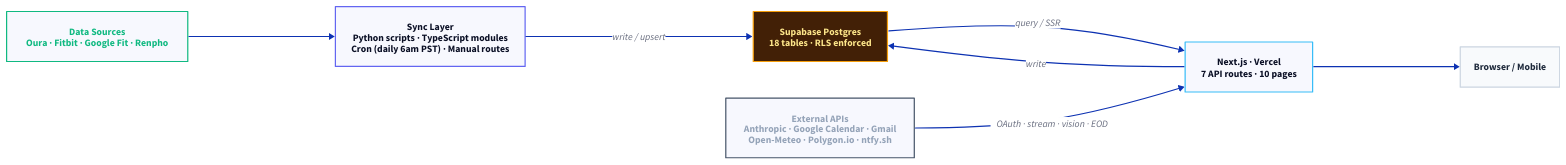
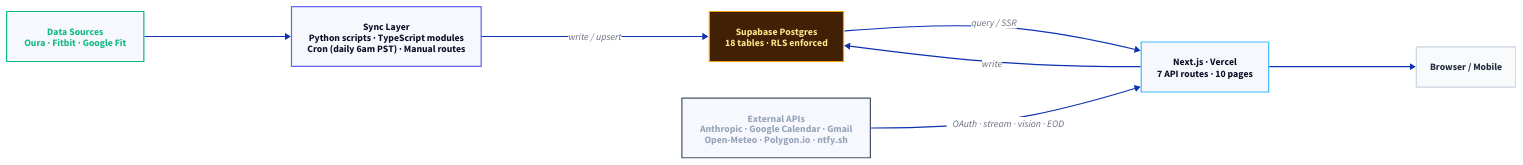
One commit to Theioz/mr-bridge-assistant changed the diagram in docs/architecture.d2. Above: the diagram before and after it, drawn with D2. The commit also changed 10 other files, not shown here.

```diff
--- a/docs/architecture.d2
+++ b/docs/architecture.d2
@@ -1,43 +1,43 @@
 # To re-render:
 # d2 --layout=elk --theme=200 docs/architecture.d2 docs/architecture.svg && sed -i '' 's/data-d2-version="[^"]*" preserveAspectRatio="[^"]*" viewBox="/width="100%" viewBox="/' docs/architecture.svg
 # d2 --layout=elk --theme=200 --scale=2 docs/architecture.d2 docs/architecture.png
 
 direction: right
 
-data_sources: "Data Sources\nOura · Fitbit · Google Fit · Renpho"
+data_sources: "Data Sources\nOura · Fitbit · Google Fit"
 
 sync: "Sync Layer\nPython scripts · TypeScript modules\nCron (daily 6am PST) · Manual routes"
 
 supabase: "Supabase Postgres\n18 tables · RLS enforced"
 
 nextjs: "Next.js · Vercel\n7 API routes · 10 pages"
 
 external: "External APIs\nAnthropic · Google Calendar · Gmail\nOpen-Meteo · Polygon.io · ntfy.sh"
 
 user: "Browser / Mobile"
 
 data_sources -> sync
 sync -> supabase: write / upsert
 supabase -> nextjs: query / SSR
 nextjs -> supabase: write
 nextjs -> user
 external -> nextjs: OAuth · stream · vision · EOD
 
 data_sources.style.stroke: "#10B981"
 data_sources.style.font-color: "#10B981"
 
 sync.style.stroke: "#6366F1"
 
 supabase.style.fill: "#422006"
 supabase.style.stroke: "#F59E0B"
 supabase.style.font-color: "#FDE68A"
 supabase.style.bold: true
 
 nextjs.style.stroke: "#38BDF8"
 
 external.style.stroke: "#475569"
 external.style.font-color: "#94A3B8"
 
 user.style.fill: "#F8FAFC"
 user.style.stroke: "#CBD5E1"
 user.style.font-color: "#1E293B"
```
